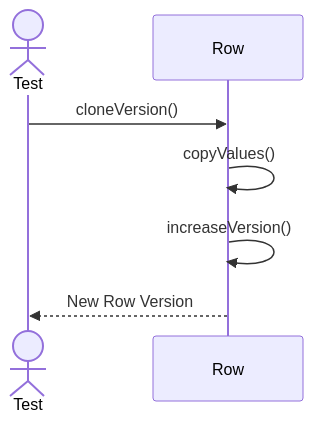
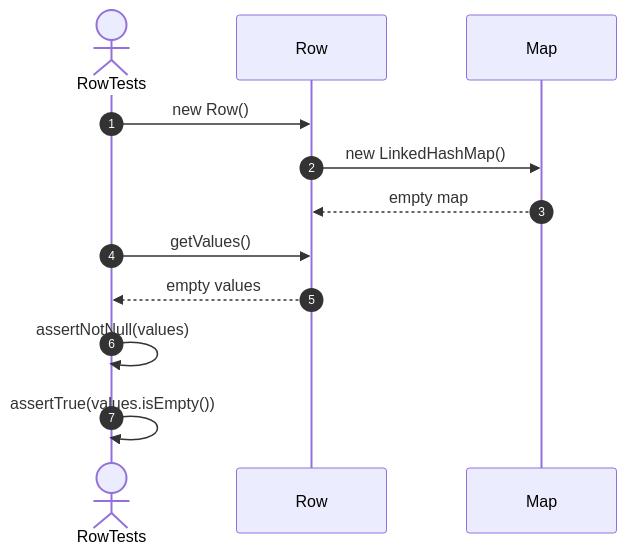
One commit to FhuAnn/-bbv-AN-s-DBMS changed the fourth of 33 diagrams in src/tests/unit/metadata/sequences/rows-testing.se.md. Above: the diagram before and after it, drawn with Mermaid. The commit also changed other lines of this file and 60 other files, not shown here.

Commit message:
refactor data table, row, column, constraint, index test file

````diff
--- a/src/tests/unit/metadata/sequences/rows-testing.se.md
+++ b/src/tests/unit/metadata/sequences/rows-testing.se.md
@@ -57,13 +100,19 @@
 ```mermaid
 sequenceDiagram
-actor Test
-participant Row
+    autonumber
 
-Test->>Row: cloneVersion()
+    actor Test as RowTests
+    participant Row as Row
+    participant Values as Map
 
-Row->>Row: copyValues()
+    Test->>Row: new Row()
 
-Row->>Row: increaseVersion()
+    Row->>Values: new LinkedHashMap()
+    Values-->>Row: empty map
 
-Row-->>Test: New Row Version
+    Test->>Row: getValues()
+    Row-->>Test: empty values
+
+    Test->>Test: assertNotNull(values)
+    Test->>Test: assertTrue(values.isEmpty())
 ```
````
